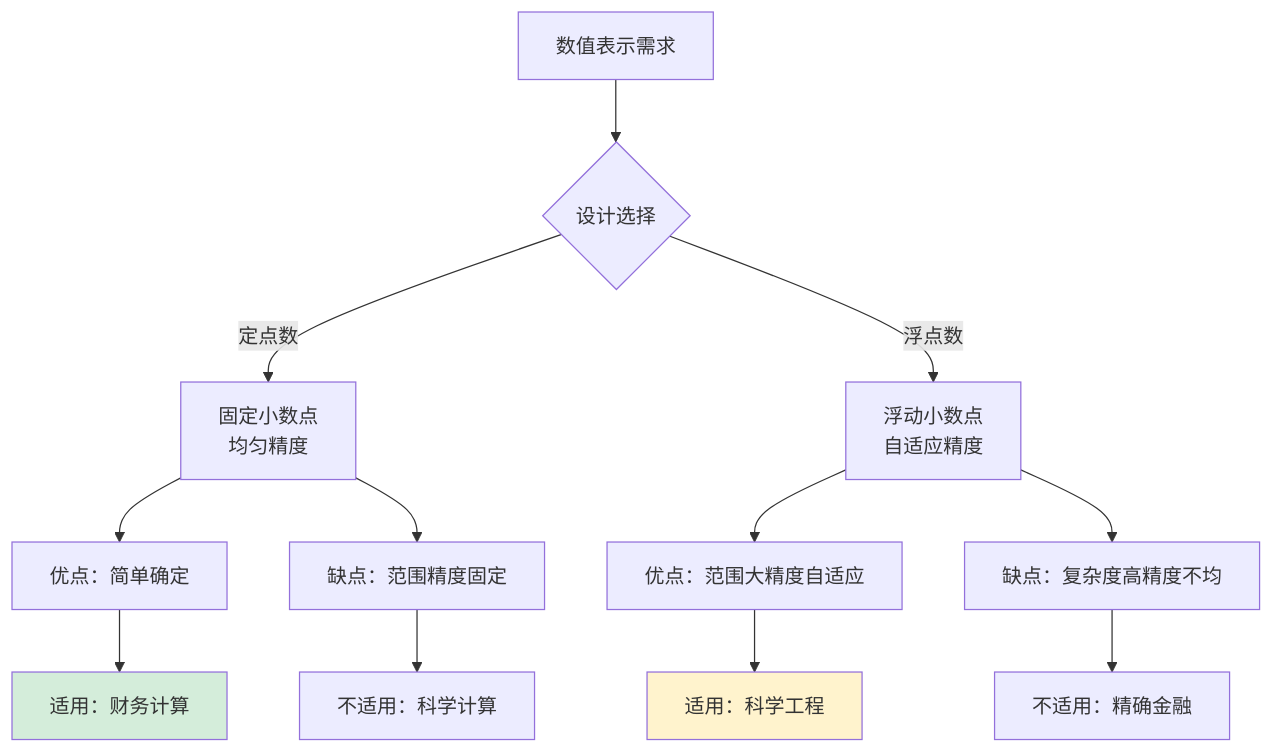
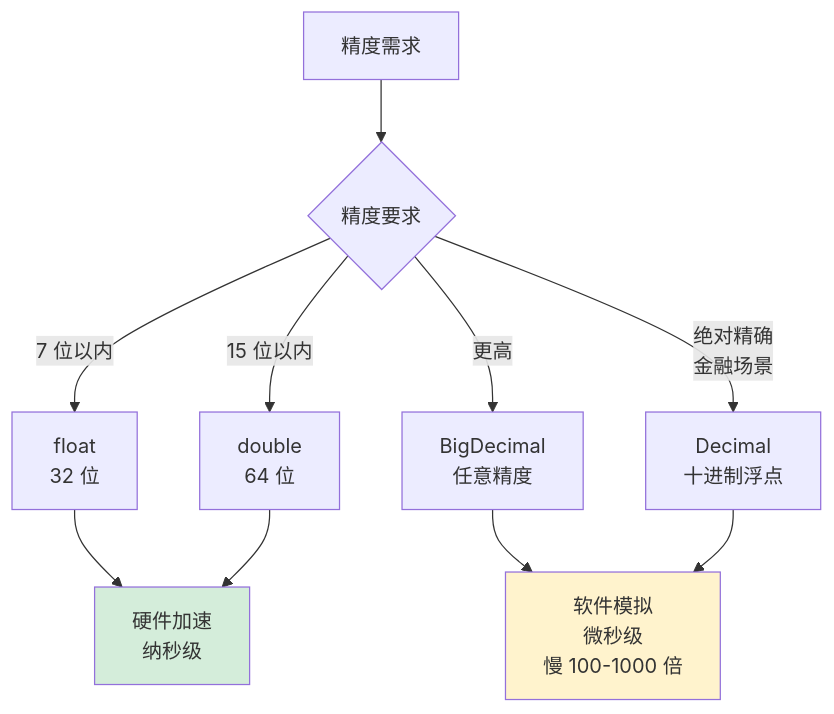
Before and after one commit to chongyang211/YCBookBlog: the seventh of 24 diagrams in 00.通用技术的提升/02.程序编程原理/02.浮点型数据设计灵魂.md, drawn with Mermaid. The commit also changed other lines of this file and 21 other files, not shown here.

````diff
--- a/00.通用技术的提升/02.程序编程原理/02.浮点型数据设计灵魂.md
+++ b/00.通用技术的提升/02.程序编程原理/02.浮点型数据设计灵魂.md
@@ -148,20 +400,15 @@
 ```mermaid
-flowchart TD
-    A[数值表示需求] --> B{设计选择}
-    B -->|定点数| C[固定小数点<br/>均匀精度]
-    B -->|浮点数| D[浮动小数点<br/>自适应精度]
+flowchart TB
+    A[精度需求] --> B{精度要求}
     
-    C --> E[优点：简单确定]
-    C --> F[缺点：范围精度固定]
+    B -->|7 位以内| C[float<br/>32 位]
+    B -->|15 位以内| D[double<br/>64 位]
+    B -->|更高| E[BigDecimal<br/>任意精度]
+    B -->|绝对精确<br/>金融场景| F[Decimal<br/>十进制浮点]
     
-    D --> G[优点：范围大精度自适应]
-    D --> H[缺点：复杂度高精度不均]
+    C & D --> G[硬件加速<br/>纳秒级]
+    E & F --> H[软件模拟<br/>微秒级<br/>慢 100-1000 倍]
     
-    E --> I[适用：财务计算]
-    F --> J[不适用：科学计算]
-    G --> K[适用：科学工程]
-    H --> L[不适用：精确金融]
-    
-    style I fill:#d4edda
-    style K fill:#fff3cd
+    style G fill:#d4edda
+    style H fill:#fff3cd
 ```
````
